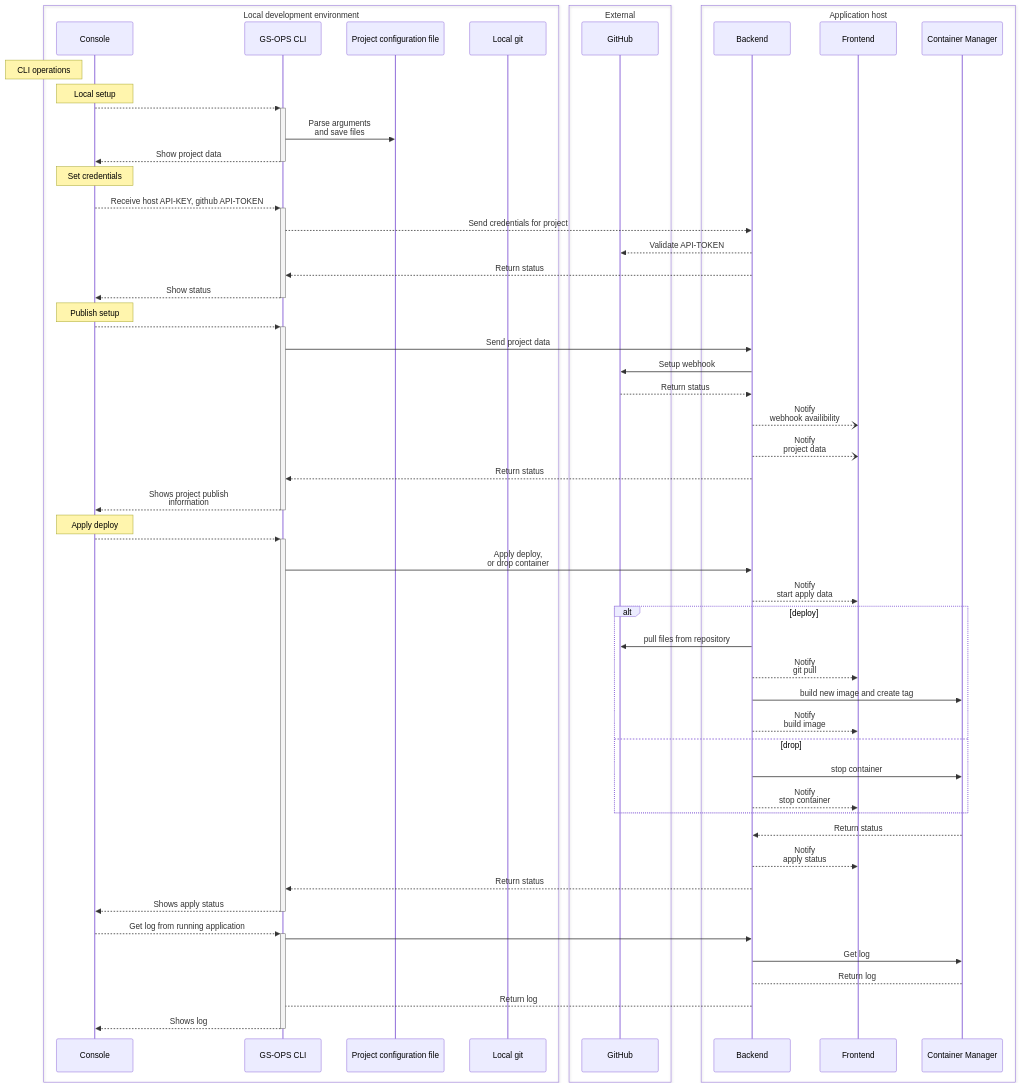
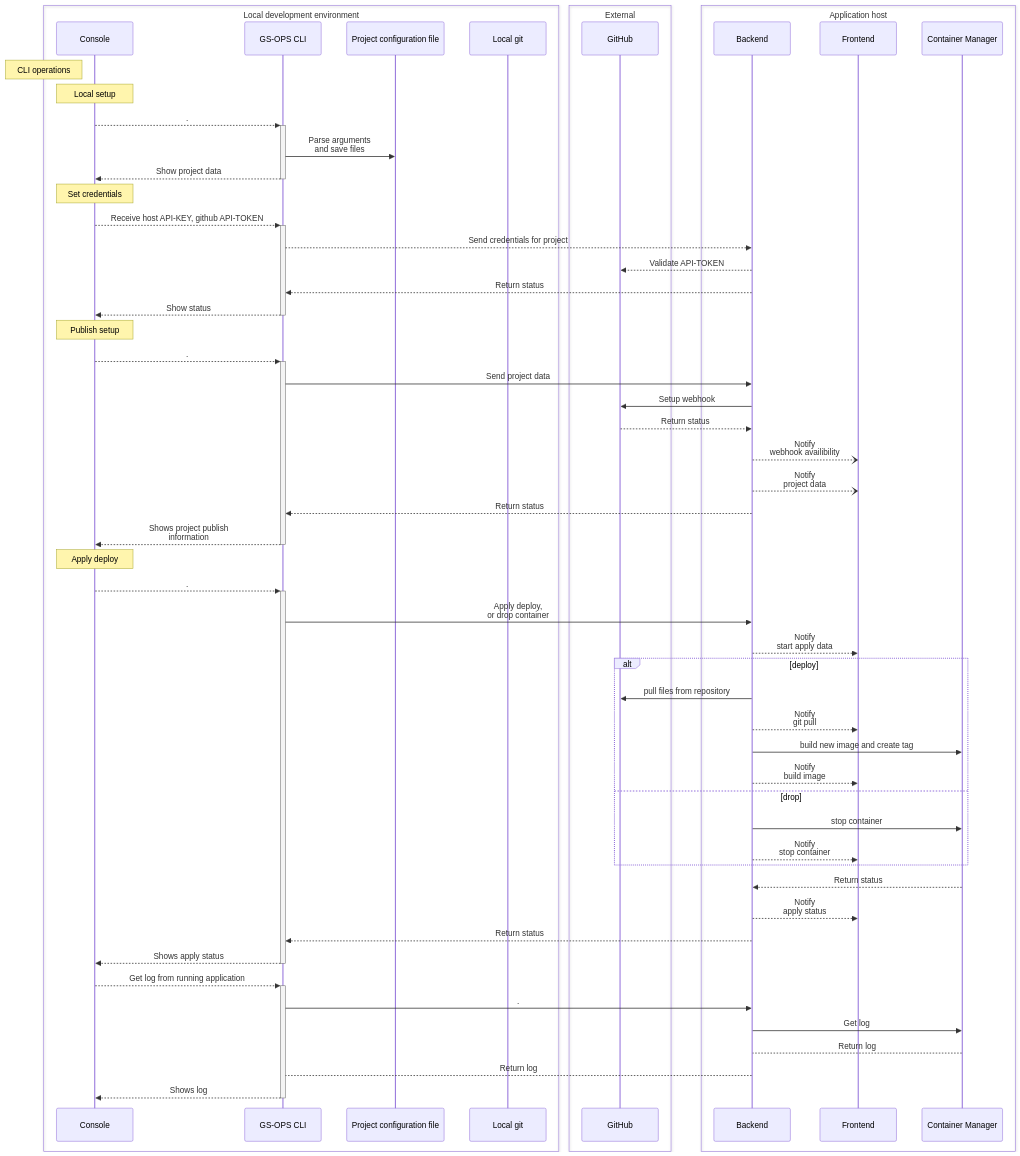
One commit to guionardo/gs-ops changed the first of 2 diagrams in README.md. Above: the diagram before and after it, drawn with Mermaid. The commit also changed other lines of this file and 14 other files, not shown here.

````diff
--- a/README.md
+++ b/README.md
@@ -34,71 +34,71 @@
 ```mermaid
 sequenceDiagram
 
 box Local development environment
 participant con as Console
 participant cli as GS-OPS CLI
 participant fs as Project configuration file
 participant git as Local git
 end
 
 box External
 participant gh as GitHub
 end
 
 box Application host
 participant backend as Backend
 participant frontend as Frontend
 participant docker as Container Manager
 end
 
 note left of con: CLI operations
 
 note over con: Local setup
-con -->> +cli: 
+con -->> +cli: .
 cli ->> fs : Parse arguments <br>and save files
 cli -->> -con: Show project data
 
 note over con: Set credentials
 con -->> +cli: Receive host API-KEY, github API-TOKEN
 cli -->> backend: Send credentials for project
 backend -->> gh: Validate API-TOKEN
 backend -->> cli: Return status
-cli -->> -con: Show status 
+cli -->> -con: Show status
 
 note over con: Publish setup
-con -->> +cli: 
+con -->> +cli: .
 cli ->> backend: Send project data
 backend ->> gh: Setup webhook
 gh -->> backend: Return status
 backend --) frontend : Notify<br>webhook availibility
 backend --) frontend: Notify<br>project data
 backend -->> cli: Return status
 cli -->> -con: Shows project publish<br>information
 
 note over con: Apply deploy
-con -->> +cli: 
+con -->> +cli: .
 cli ->> backend: Apply deploy,<br> or drop container
 backend -->> frontend: Notify<br>start apply data
 alt deploy
     backend ->> gh : pull files from repository
     backend -->> frontend: Notify<br>git pull
     backend ->> docker : build new image and create tag
     backend -->> frontend: Notify<br>build image
 else drop
     backend ->> docker : stop container
     backend -->> frontend: Notify<br>stop container
 end
 
 docker -->> backend: Return status
 backend -->> frontend: Notify<br>apply status
 backend -->> cli: Return status
 cli -->> -con: Shows apply status
 
 con -->> +cli : Get log from running application
-cli ->> backend : 
+cli ->> backend : .
 backend ->> docker : Get log
 docker --> backend : Return log
 backend --> cli : Return log
 cli -->> -con: Shows log
 
 ```
````
